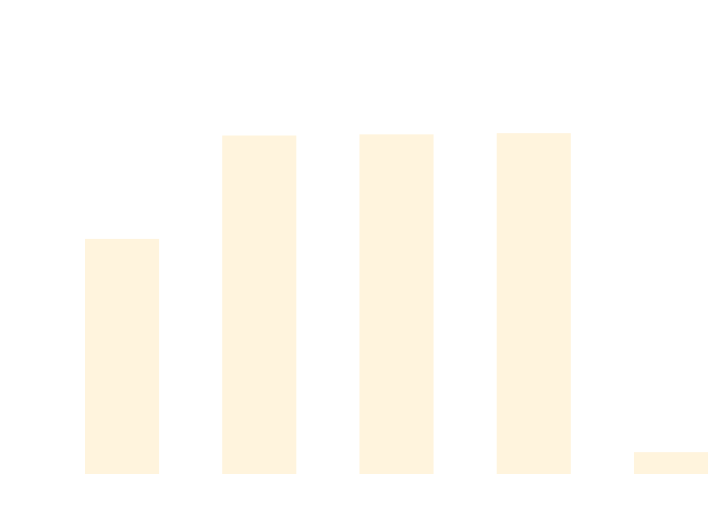
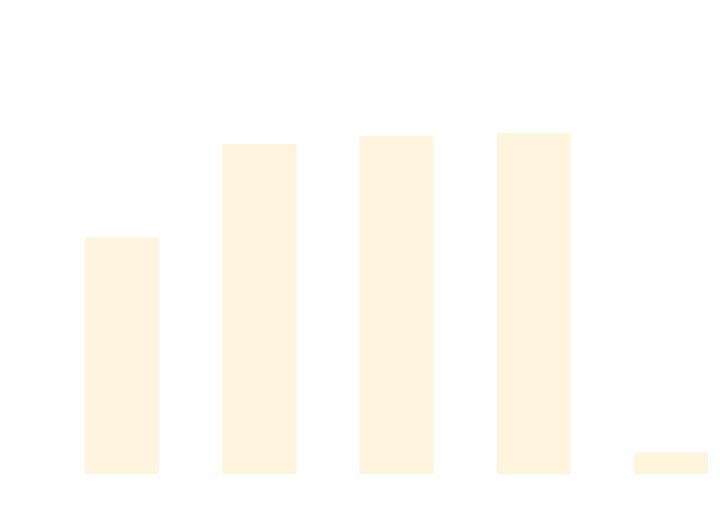
One commit to thomhurst/TUnit changed the diagram in docs/docs/benchmarks/DataDrivenTests.md. Above: the diagram before and after it, drawn with Mermaid. The commit also changed other lines of this file and 17 other files, not shown here.

````diff
--- a/docs/docs/benchmarks/DataDrivenTests.md
+++ b/docs/docs/benchmarks/DataDrivenTests.md
@@ -27,37 +27,37 @@
 ```mermaid
 %%{init: {
   'theme':'base',
   'themeVariables': {
     'primaryColor': '#2563eb',
     'primaryTextColor': '#ffffff',
     'primaryBorderColor': '#1e40af',
     'lineColor': '#6b7280',
     'secondaryColor': '#7c3aed',
     'tertiaryColor': '#dc2626',
     'background': '#ffffff',
     'mainBkg': '#2563eb',
     'secondBkg': '#7c3aed',
     'tertiaryBkg': '#dc2626',
     'clusterBkg': '#f3f4f6',
     'edgeLabelBackground': '#ffffff',
     'tertiaryTextColor': '#1f2937',
     'pie1': '#2563eb',
     'pie2': '#7c3aed',
     'pie3': '#dc2626',
     'pie4': '#f59e0b',
     'pie5': '#10b981',
     'pie6': '#06b6d4',
     'pie7': '#ec4899',
     'pie8': '#6366f1',
     'pie9': '#84cc16',
     'pie10': '#f97316',
     'pie11': '#14b8a6',
     'pie12': '#a855f7'
   }
 }}%%
 xychart-beta
   title "DataDrivenTests Performance Comparison"
   x-axis ["TUnit", "NUnit", "MSTest", "xUnit3", "TUnit_AOT"]
-  y-axis "Time (ms)" 0 --> 792
-  bar [448.93, 654.66, 656.98, 659.36, 24.56]
+  y-axis "Time (ms)" 0 --> 811
+  bar [463.17, 653.3, 669.4, 675.59, 24.5]
 ```
````
